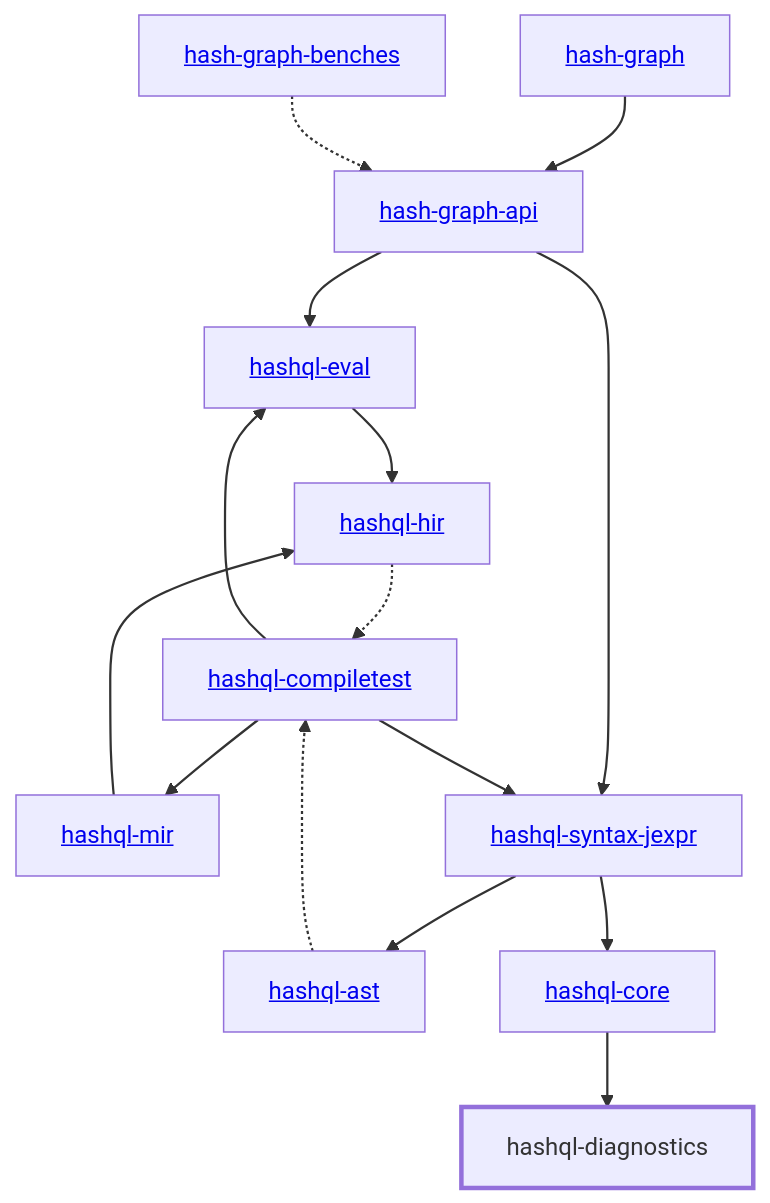
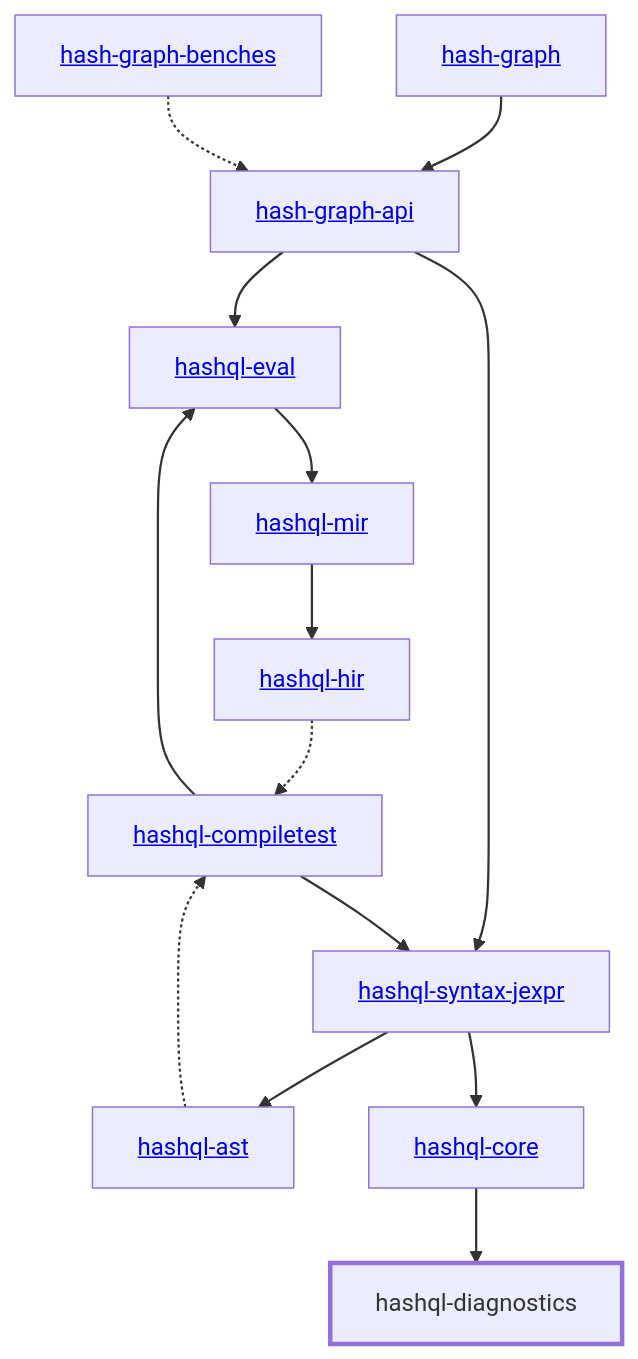
One commit to hashintel/hash changed the diagram in libs/@local/hashql/diagnostics/docs/dependency-diagram.mmd. Above: the diagram before and after it, drawn with Mermaid. The commit also changed 69 other files, not shown here.

```diff
--- a/libs/@local/hashql/diagnostics/docs/dependency-diagram.mmd
+++ b/libs/@local/hashql/diagnostics/docs/dependency-diagram.mmd
@@ -1,36 +1,35 @@
 graph TD
     linkStyle default stroke-width:1.5px
     classDef default stroke-width:1px
     classDef root stroke-width:3px
     classDef dev stroke-width:1px
     classDef build stroke-width:1px
     %% Legend
     %% --> : Normal dependency
     %% -.-> : Dev dependency
     %% ---> : Build dependency
     0[<a href="../hash_graph/index.html">hash-graph</a>]
     1[<a href="../hash_graph_api/index.html">hash-graph-api</a>]
     2[<a href="../hashql_ast/index.html">hashql-ast</a>]
     3[<a href="../hashql_compiletest/index.html">hashql-compiletest</a>]
     4[<a href="../hashql_core/index.html">hashql-core</a>]
     5[hashql-diagnostics]
     class 5 root
     6[<a href="../hashql_eval/index.html">hashql-eval</a>]
     7[<a href="../hashql_hir/index.html">hashql-hir</a>]
     8[<a href="../hashql_mir/index.html">hashql-mir</a>]
     9[<a href="../hashql_syntax_jexpr/index.html">hashql-syntax-jexpr</a>]
     10[<a href="../hash_graph_benches/index.html">hash-graph-benches</a>]
     0 --> 1
     1 --> 6
     1 --> 9
     2 -.-> 3
     3 --> 6
-    3 --> 8
     3 --> 9
     4 --> 5
-    6 --> 7
+    6 --> 8
     7 -.-> 3
     8 --> 7
     9 --> 2
     9 --> 4
     10 -.-> 1
```
